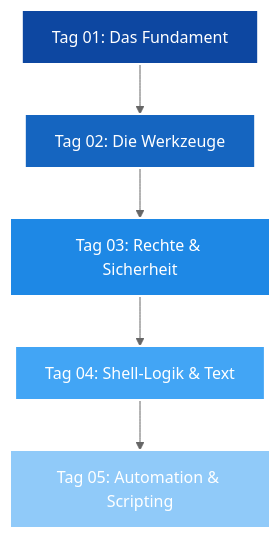
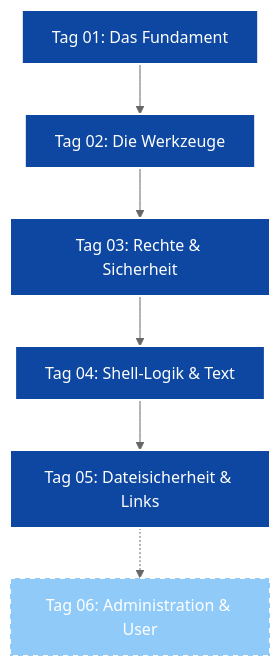
Before and after one commit to IT-W1zard/NOTES: the diagram in README.md, drawn with Mermaid (neutral theme). The commit also changed other lines of this file and 2 other files, not shown here.

Commit message:
feat: add day 05 lesson notes on file permissions, umask, ACLs, and links

````diff
--- a/README.md
+++ b/README.md
@@ -11,13 +11,15 @@
 ```mermaid
 graph TD
     A[Tag 01: Das Fundament] --> B[Tag 02: Die Werkzeuge]
     B --> C[Tag 03: Rechte & Sicherheit]
     C --> D[Tag 04: Shell-Logik & Text]
-    D --> E[Tag 05: Automation & Scripting]
+    D --> E[Tag 05: Dateisicherheit & Links]
+    E -.-> F[Tag 06: Administration & User]
     
     style A fill:#0d47a1,stroke:#fff,stroke-width:2px,color:#fff
-    style B fill:#1565c0,stroke:#fff,stroke-width:2px,color:#fff
-    style C fill:#1e88e5,stroke:#fff,stroke-width:2px,color:#fff
-    style D fill:#42a5f5,stroke:#fff,stroke-width:2px,color:#fff
-    style E fill:#90caf9,stroke:#fff,stroke-width:2px,color:#fff
+    style B fill:#0d47a1,stroke:#fff,stroke-width:2px,color:#fff
+    style C fill:#0d47a1,stroke:#fff,stroke-width:2px,color:#fff
+    style D fill:#0d47a1,stroke:#fff,stroke-width:2px,color:#fff
+    style E fill:#0d47a1,stroke:#fff,stroke-width:2px,color:#fff
+    style F fill:#90caf9,stroke:#fff,stroke-width:2px,color:#fff,stroke-dasharray: 5 5
 ```
````
